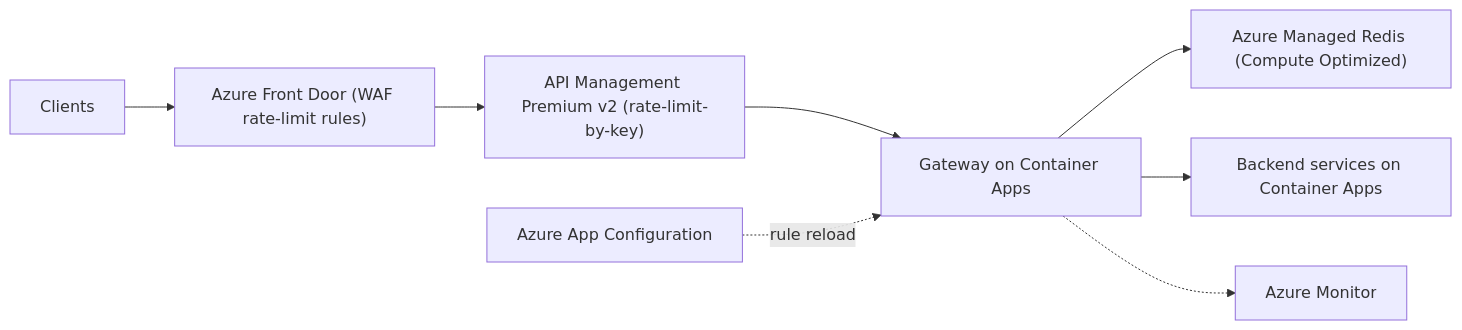
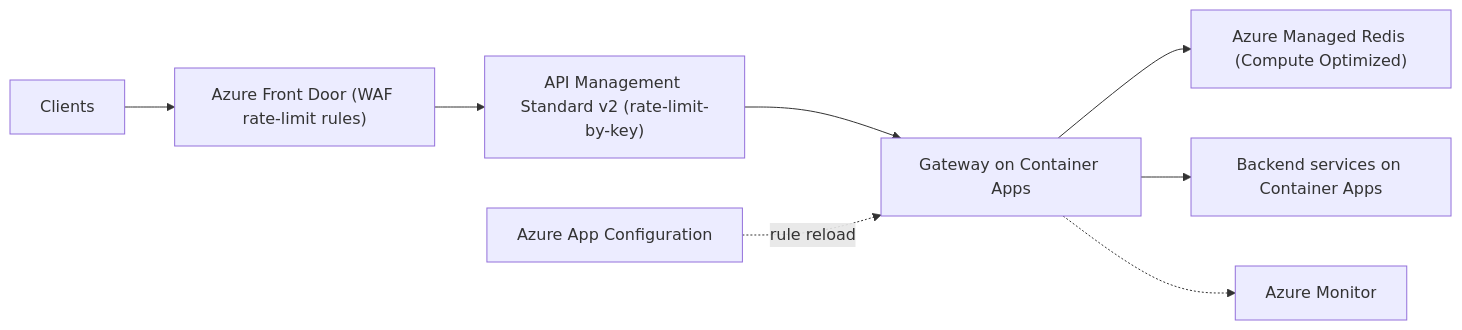
Before and after one commit to spabolu/system-design-modern: the second of 2 diagrams in docs/06-case-studies/rate-limiter.md, drawn with Mermaid. The commit also changed other lines of this file and 14 other files, not shown here.

````diff
--- a/docs/06-case-studies/rate-limiter.md
+++ b/docs/06-case-studies/rate-limiter.md
@@ -166,10 +166,10 @@
 ```mermaid
 flowchart LR
   C[Clients] --> FD["Azure Front Door (WAF rate-limit rules)"]
-  FD --> APIM["API Management Premium v2 (rate-limit-by-key)"]
+  FD --> APIM["API Management Standard v2 (rate-limit-by-key)"]
   APIM --> GW["Gateway on Container Apps"]
   GW --> AMR["Azure Managed Redis (Compute Optimized)"]
   GW --> SVC["Backend services on Container Apps"]
   AC[Azure App Configuration] -.->|"rule reload"| GW
   GW -.-> MON[Azure Monitor]
 ```
````
